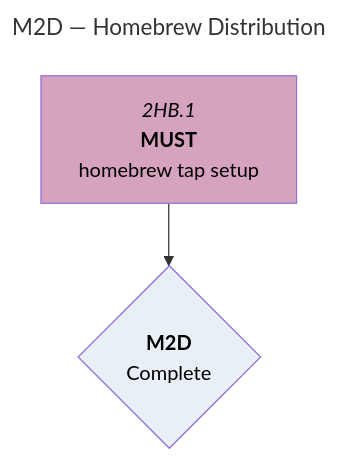
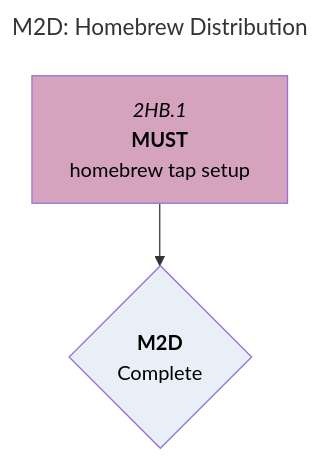
Before and after one commit to foundersandcoders/iris: the third of 5 diagrams in docs/roadmaps/v0b-2602/redux-1_tui.md, drawn with Mermaid. The commit also changed other lines of this file and 70 other files, not shown here.

````diff
--- a/docs/roadmaps/v0b-2602/redux-1_tui.md
+++ b/docs/roadmaps/v0b-2602/redux-1_tui.md
@@ -228,15 +228,15 @@
 ```mermaid
 ---
-title: M2D — Homebrew Distribution
+title: "M2D: Homebrew Distribution"
 ---
 graph TD
 
 2HB.1["`*2HB.1*<br/>**MUST**<br/>homebrew tap setup`"]:::must-open
 
 phase1{"`**M2D**<br/>Complete`"}:::mile
 
 2HB.1 --> phase1
 
 classDef must-open fill:#D6A3BF,color:#000;
 classDef mile fill:#E8EFF6,color:#000;
 ```
````
